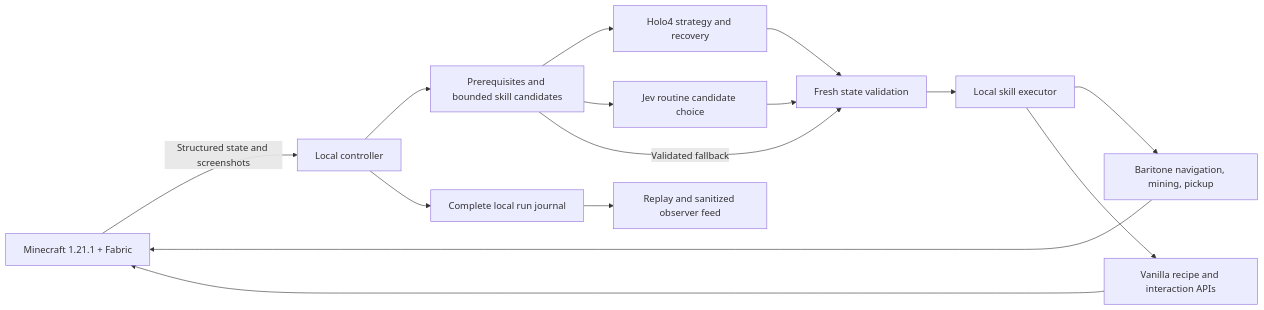
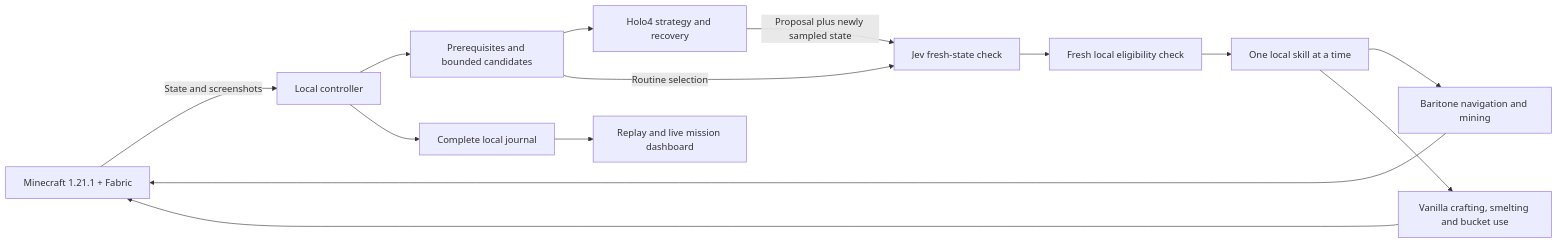
One commit to Kepard/42hackathon changed the diagram in docs/architecture.md. Above: the diagram before and after it, drawn with Mermaid. The commit also changed other lines of this file and 28 other files, not shown here.

````diff
--- a/docs/architecture.md
+++ b/docs/architecture.md
@@ -19,17 +19,16 @@
 ```mermaid
 flowchart LR
-    MC[Minecraft 1.21.1 + Fabric] -->|Structured state and screenshots| C[Local controller]
-    C --> P[Prerequisites and bounded skill candidates]
+    MC[Minecraft 1.21.1 + Fabric] -->|State and screenshots| C[Local controller]
+    C --> P[Prerequisites and bounded candidates]
     P --> H[Holo4 strategy and recovery]
-    P --> J[Jev routine candidate choice]
-    H --> V[Fresh state validation]
-    J --> V
-    P -->|Validated fallback| V
-    V --> S[Local skill executor]
-    S --> B[Baritone navigation, mining, pickup]
-    S --> R[Vanilla recipe and interaction APIs]
+    H -->|Proposal plus newly sampled state| J[Jev fresh-state check]
+    P -->|Routine selection| J
+    J --> V[Fresh local eligibility check]
+    V --> S[One local skill at a time]
+    S --> B[Baritone navigation and mining]
+    S --> R[Vanilla crafting, smelting and bucket use]
     B --> MC
     R --> MC
-    C --> L[Complete local run journal]
-    L --> O[Replay and sanitized observer feed]
+    C --> L[Complete local journal]
+    L --> O[Replay and live mission dashboard]
 ```
````
